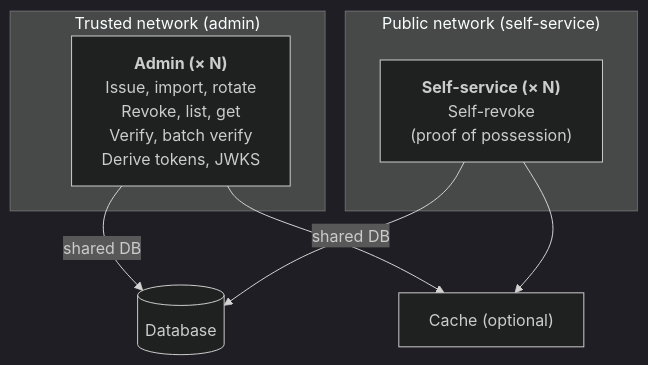
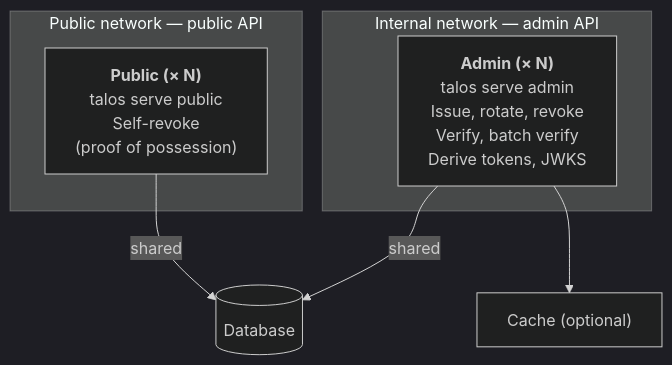
One commit to yudaprama/talos changed the diagram in docs/operate/deploy/deployment-modes.md. Above: the diagram before and after it, drawn with Mermaid (dark theme). The commit also changed other lines of this file and 131 other files, not shown here.

````diff
--- a/docs/operate/deploy/deployment-modes.md
+++ b/docs/operate/deploy/deployment-modes.md
@@ -41,15 +45,14 @@
 ```mermaid
 graph TB
-    subgraph trusted["Trusted network (admin)"]
-        admin["<b>Admin (× N)</b><br/>Issue, import, rotate<br/>Revoke, list, get<br/>Verify, batch verify<br/>Derive tokens, JWKS"]
+    subgraph trusted["Internal network — admin API"]
+        admin["<b>Admin (× N)</b><br/>talos serve admin<br/>Issue, rotate, revoke<br/>Verify, batch verify<br/>Derive tokens, JWKS"]
     end
 
-    subgraph public["Public network (self-service)"]
-        ss["<b>Self-service (× N)</b><br/>Self-revoke<br/>(proof of possession)"]
+    subgraph public["Public network — public API"]
+        ss["<b>Public (× N)</b><br/>talos serve public<br/>Self-revoke<br/>(proof of possession)"]
     end
 
-    admin -- shared DB --> db[("Database")]
-    ss -- shared DB --> db
+    admin -- shared --> db[("Database")]
+    ss -- shared --> db
     admin --> cache["Cache (optional)"]
-    ss --> cache
 ```
````
